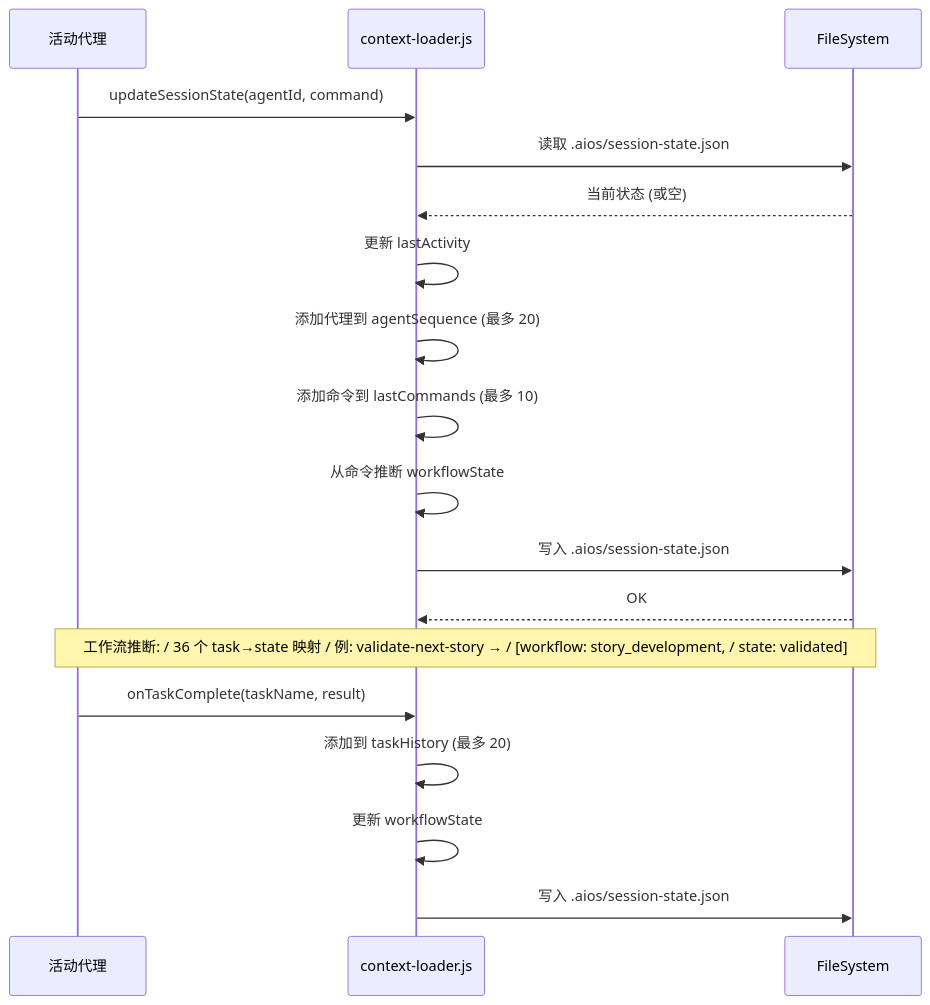
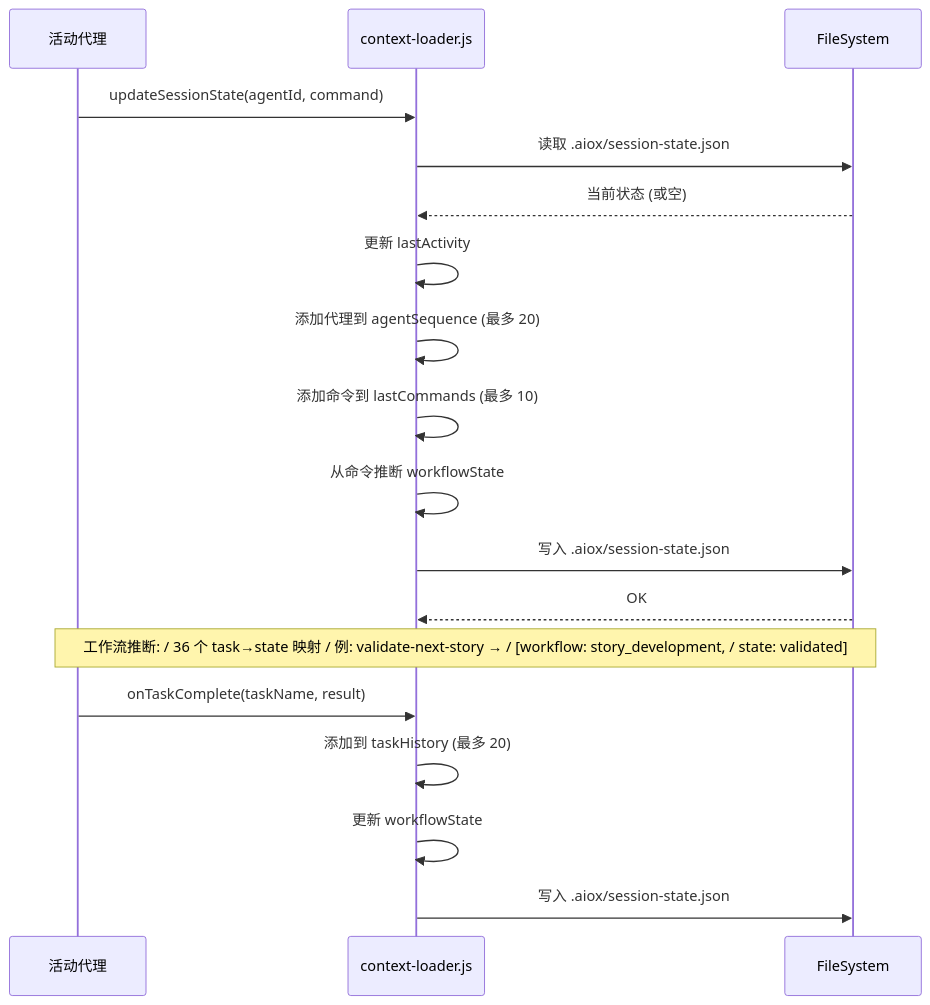
Before and after one commit to bychrisr/aios-docs: the tenth of 18 diagrams in content/en/docs/zh/guides/MEMORY-SYSTEM.mdx, drawn with Mermaid. The commit also changed other lines of this file and 564 other files, not shown here.

````diff
--- a/content/en/docs/zh/guides/MEMORY-SYSTEM.mdx
+++ b/content/en/docs/zh/guides/MEMORY-SYSTEM.mdx
@@ -482,25 +482,25 @@
 ```mermaid
 sequenceDiagram
     participant Agent as 活动代理
     participant CL as context-loader.js
     participant FS as FileSystem
 
     Agent->>CL: updateSessionState(agentId, command)
-    CL->>FS: 读取 .aios/session-state.json
+    CL->>FS: 读取 .aiox/session-state.json
     FS-->>CL: 当前状态 (或空)
 
     CL->>CL: 更新 lastActivity
     CL->>CL: 添加代理到 agentSequence (最多 20)
     CL->>CL: 添加命令到 lastCommands (最多 10)
     CL->>CL: 从命令推断 workflowState
 
-    CL->>FS: 写入 .aios/session-state.json
+    CL->>FS: 写入 .aiox/session-state.json
     FS-->>CL: OK
 
     Note over Agent,FS: 工作流推断: / 36 个 task→state 映射 / 例: validate-next-story → / [workflow: story_development, / state: validated]
 
     Agent->>CL: onTaskComplete(taskName, result)
     CL->>CL: 添加到 taskHistory (最多 20)
     CL->>CL: 更新 workflowState
-    CL->>FS: 写入 .aios/session-state.json
+    CL->>FS: 写入 .aiox/session-state.json
 ```
````
